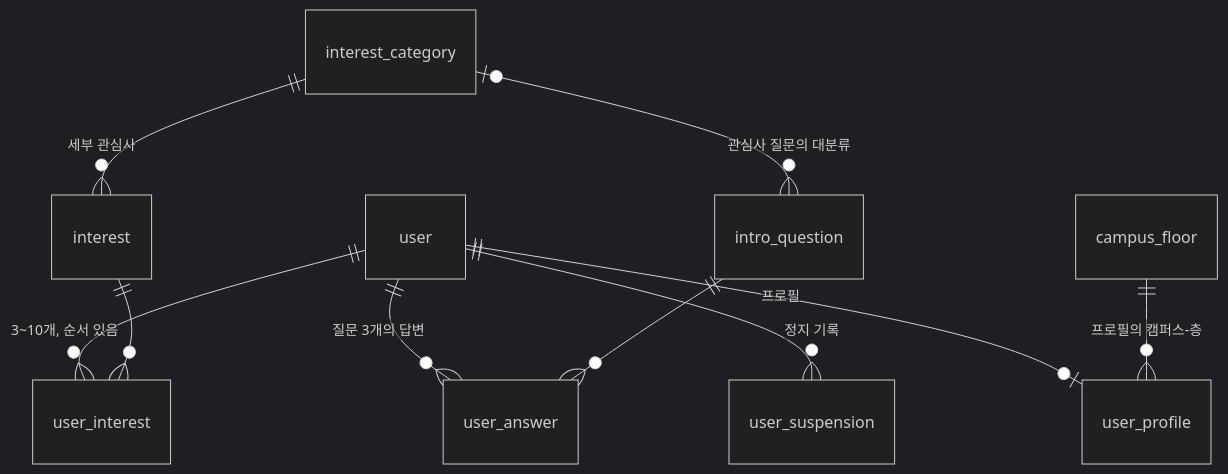
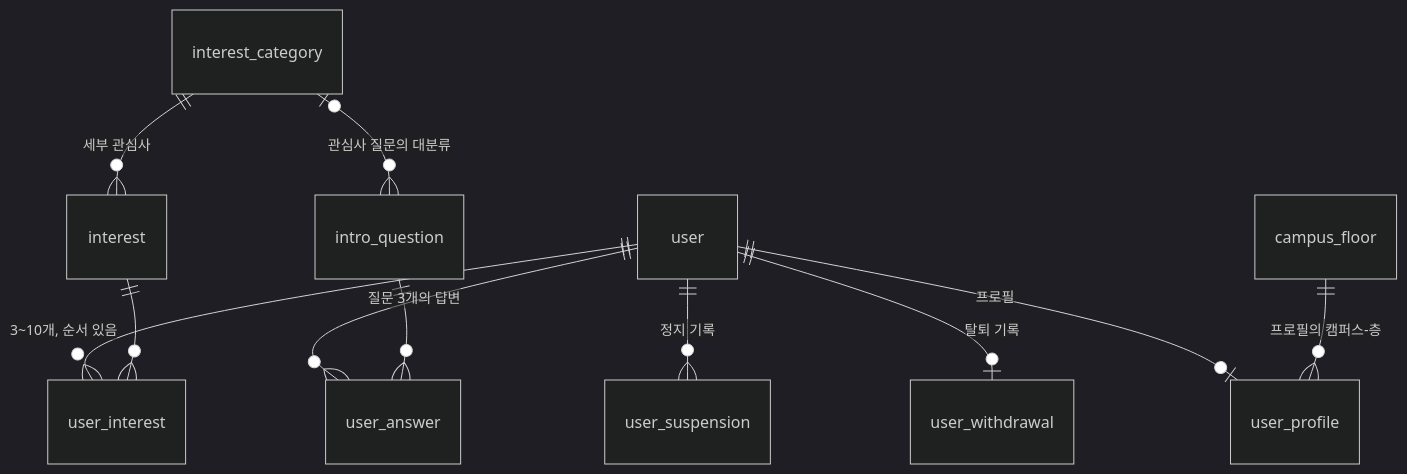
The diagram in docs/db/account.md (it-ting-team/it-ting), drawn with Mermaid (dark theme) before and after one commit. The commit also changed other lines of this file and 6 other files, not shown here.

````diff
--- a/docs/db/account.md
+++ b/docs/db/account.md
@@ -5,12 +5,13 @@
 ```mermaid
 erDiagram
     user ||--o{ user_suspension : "정지 기록"
+    user ||--o| user_withdrawal : "탈퇴 기록"
     user ||--o| user_profile : "프로필"
     campus_floor ||--o{ user_profile : "프로필의 캠퍼스-층"
     interest_category ||--o{ interest : "세부 관심사"
     user ||--o{ user_interest : "3~10개, 순서 있음"
     interest ||--o{ user_interest : ""
     interest_category |o--o{ intro_question : "관심사 질문의 대분류"
     user ||--o{ user_answer : "질문 3개의 답변"
     intro_question ||--o{ user_answer : ""
 ```
````
